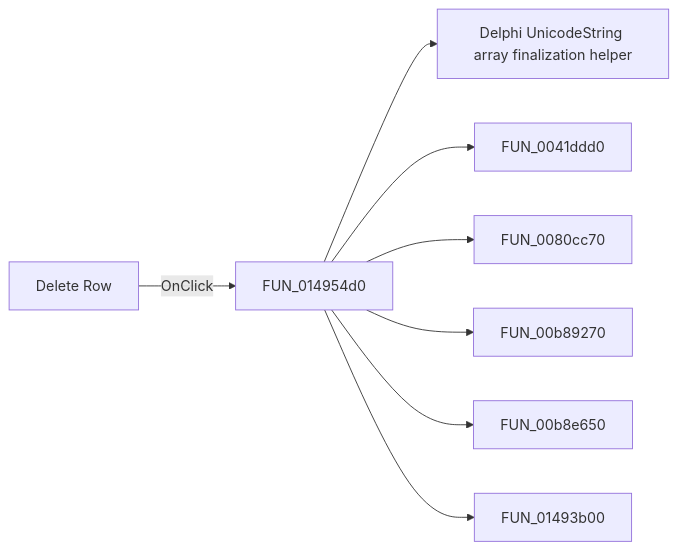
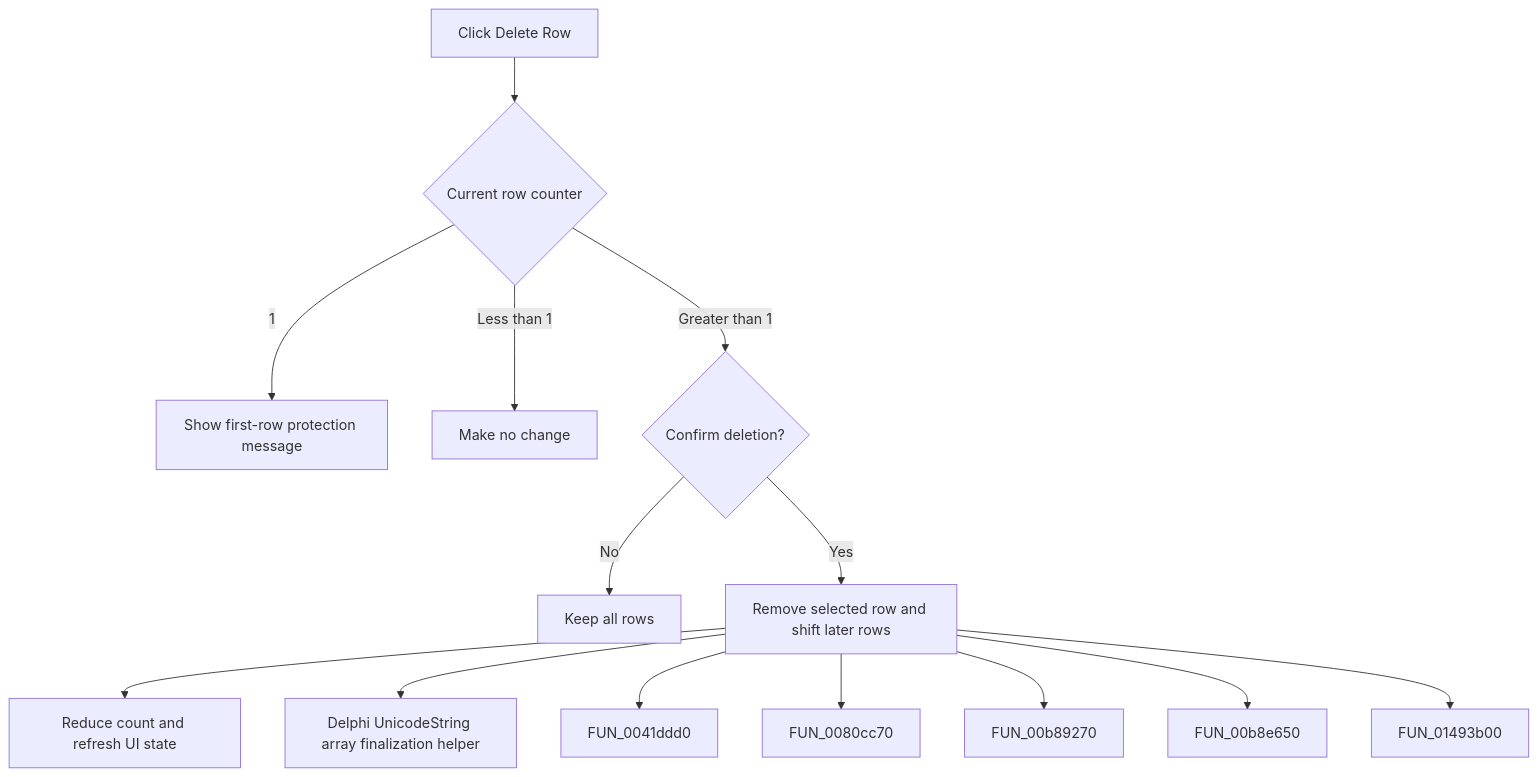
Before and after one commit to MovGP0/TIARA: the diagram in docs/ui-controls/frmdesigntool/sbdeleterow-97750f2203.md, drawn with Mermaid. The commit also changed other lines of this file and 387 other files, not shown here.

````diff
--- a/docs/ui-controls/frmdesigntool/sbdeleterow-97750f2203.md
+++ b/docs/ui-controls/frmdesigntool/sbdeleterow-97750f2203.md
@@ -27,10 +27,16 @@
 ```mermaid
-flowchart LR
-    control["Delete Row"] -->|OnClick| handler["FUN_014954d0"]
+flowchart TD
+    control["Click Delete Row"] --> count{"Current row counter"}
+    count -->|1| protected["Show first-row protection message"]
+    count -->|Less than 1| noop["Make no change"]
+    count -->|Greater than 1| confirm{"Confirm deletion?"}
+    confirm -->|No| keep["Keep all rows"]
+    confirm -->|Yes| handler["Remove selected row and shift later rows"]
+    handler --> refresh["Reduce count and refresh UI state"]
     handler --> call1["Delphi UnicodeString array finalization helper"]
     handler --> call2["FUN_0041ddd0"]
     handler --> call3["FUN_0080cc70"]
     handler --> call4["FUN_00b89270"]
     handler --> call5["FUN_00b8e650"]
     handler --> call6["FUN_01493b00"]
 ```
````
